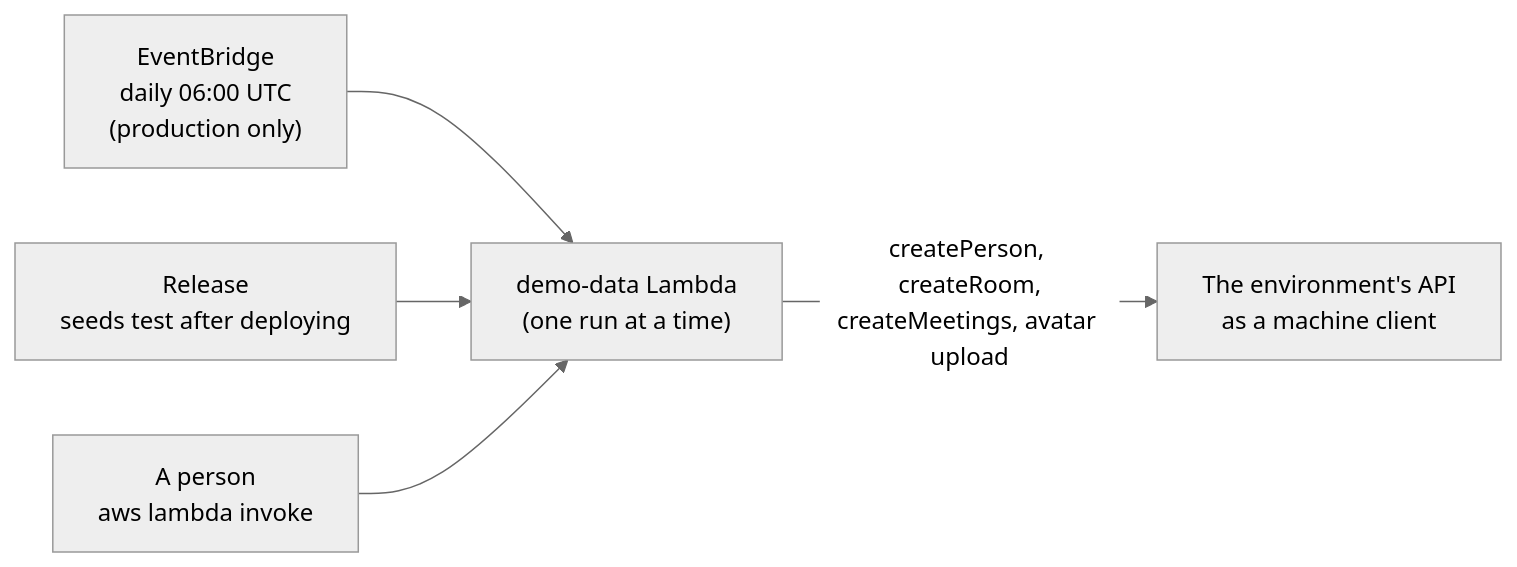
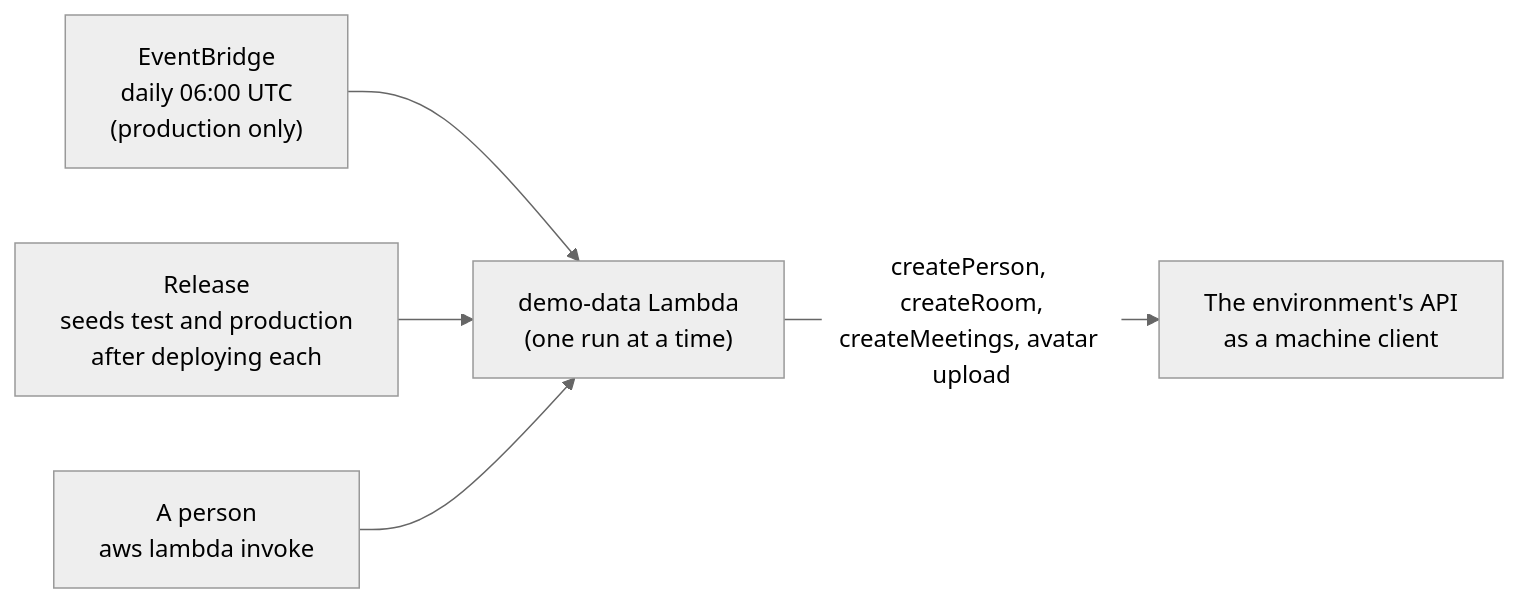
One commit to geoffweatherall/mootmaker changed the first of 2 diagrams in docs/overview/demo-data.md. Above: the diagram before and after it, drawn with Mermaid (neutral theme). The commit also changed other lines of this file and 3 other files, not shown here.

````diff
--- a/docs/overview/demo-data.md
+++ b/docs/overview/demo-data.md
@@ -24,12 +24,12 @@
 ```mermaid
 flowchart LR
   eb["EventBridge<br/>daily 06:00 UTC<br/>(production only)"]
-  rel["Release<br/>seeds test after deploying"]
+  rel["Release<br/>seeds test and production<br/>after deploying each"]
   hand["A person<br/>aws lambda invoke"]
   lambda["demo-data Lambda<br/>(one run at a time)"]
   api["The environment's API<br/>as a machine client"]
   eb --> lambda
   rel --> lambda
   hand --> lambda
   lambda -- "createPerson, createRoom,<br/>createMeetings, avatar upload" --> api
 ```
````
